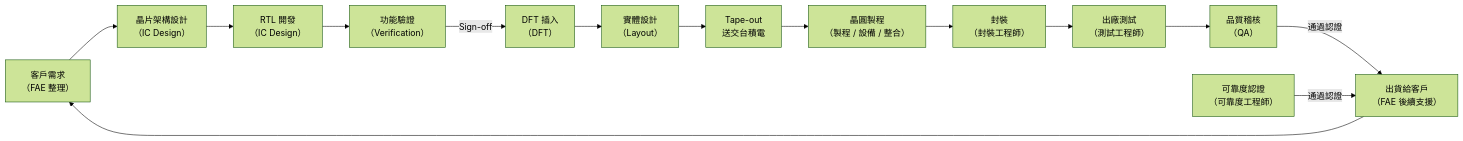
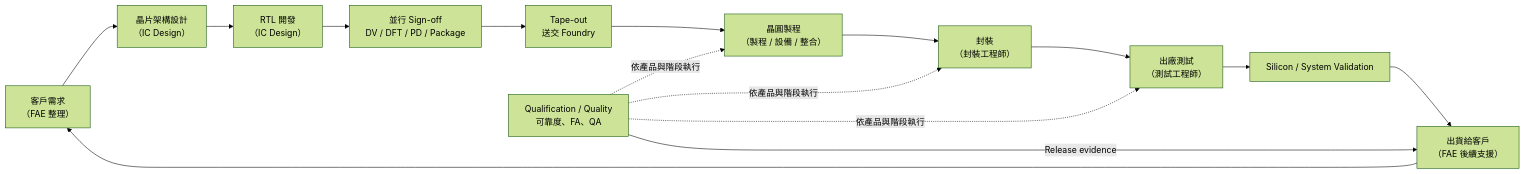
One commit to wizardhsiehcom/book changed diagram 11 of 11 in docs/semi-jobs/20-collaboration.md. Above: the diagram before and after it, drawn with Mermaid (forest theme). The commit also changed other lines of this file and 31 other files, not shown here.

````diff
--- a/docs/semi-jobs/20-collaboration.md
+++ b/docs/semi-jobs/20-collaboration.md
@@ -262,22 +271,21 @@
 ```mermaid
 flowchart LR
     SPEC["客戶需求<br/>（FAE 整理）"]
     ARCH["晶片架構設計<br/>（IC Design）"]
     RTL["RTL 開發<br/>（IC Design）"]
-    VER2["功能驗證<br/>（Verification）"]
-    DFT2["DFT 插入<br/>（DFT）"]
-    LAY3["實體設計<br/>（Layout）"]
-    TAPE["Tape-out<br/>送交台積電"]
+    SIGN["並行 Sign-off<br/>DV / DFT / PD / Package"]
+    TAPE["Tape-out<br/>送交 Foundry"]
     PROC["晶圓製程<br/>（製程 / 設備 / 整合）"]
     PKG3["封裝<br/>（封裝工程師）"]
     TEST2["出廠測試<br/>（測試工程師）"]
-    QA4["品質稽核<br/>（QA）"]
-    REL4["可靠度認證<br/>（可靠度工程師）"]
+    QUAL["Qualification / Quality<br/>可靠度、FA、QA"]
+    VAL2["Silicon / System Validation"]
     SHIP["出貨給客戶<br/>（FAE 後續支援）"]
 
-    SPEC --> ARCH --> RTL --> VER2
-    VER2 -->|"Sign-off"| DFT2 --> LAY3 --> TAPE
-    TAPE --> PROC --> PKG3 --> TEST2 --> QA4
-    QA4 & REL4 -->|"通過認證"| SHIP
+    SPEC --> ARCH --> RTL --> SIGN --> TAPE
+    TAPE --> PROC --> PKG3 --> TEST2
+    QUAL -.->|"依產品與階段執行"| PROC & PKG3 & TEST2
+    TEST2 --> VAL2 --> SHIP
+    QUAL -->|"Release evidence"| SHIP
     SHIP --> SPEC
 ```
````
